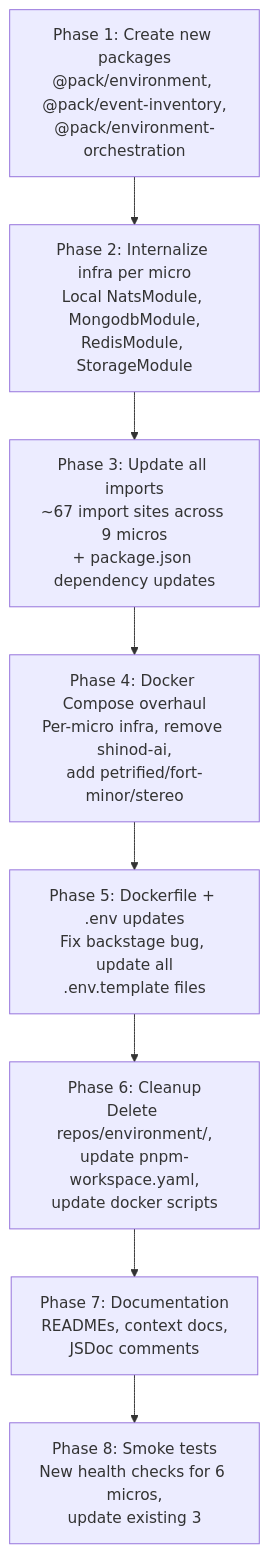
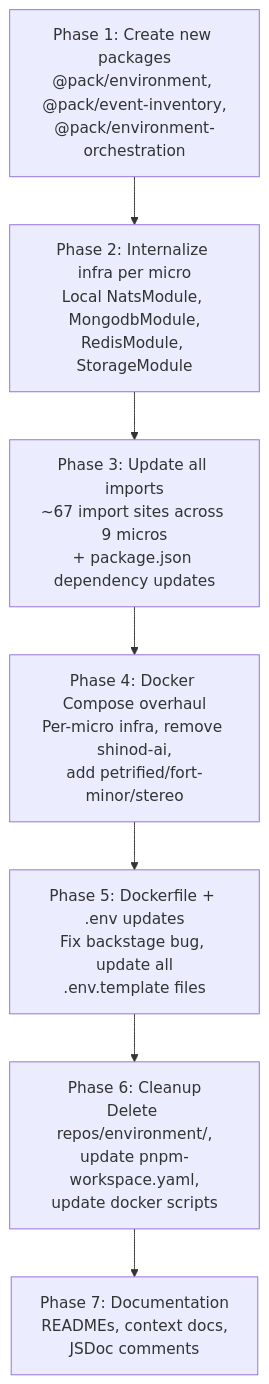
Before and after one commit to neon-gate/neon-gate-fm: the third of 3 diagrams in .agents/plans/core/v1.workspace-refactoring-plan.md, drawn with Mermaid. The commit also changed other lines of this file and 247 other files, not shown here.

````diff
--- a/.agents/plans/core/v1.workspace-refactoring-plan.md
+++ b/.agents/plans/core/v1.workspace-refactoring-plan.md
@@ -1865,13 +1808,12 @@
 ```mermaid
 flowchart TD
   P1["Phase 1: Create new packages\n@pack/environment, @pack/event-inventory,\n@pack/environment-orchestration"]
   P2["Phase 2: Internalize infra per micro\nLocal NatsModule, MongodbModule,\nRedisModule, StorageModule"]
   P3["Phase 3: Update all imports\n~67 import sites across 9 micros\n+ package.json dependency updates"]
   P4["Phase 4: Docker Compose overhaul\nPer-micro infra, remove shinod-ai,\nadd petrified/fort-minor/stereo"]
   P5["Phase 5: Dockerfile + .env updates\nFix backstage bug, update all\n.env.template files"]
   P6["Phase 6: Cleanup\nDelete repos/environment/,\nupdate pnpm-workspace.yaml,\nupdate docker scripts"]
   P7["Phase 7: Documentation\nREADMEs, context docs,\nJSDoc comments"]
-  P8["Phase 8: Smoke tests\nNew health checks for 6 micros,\nupdate existing 3"]
 
-  P1 --> P2 --> P3 --> P4 --> P5 --> P6 --> P7 --> P8
+  P1 --> P2 --> P3 --> P4 --> P5 --> P6 --> P7
 ```
````
